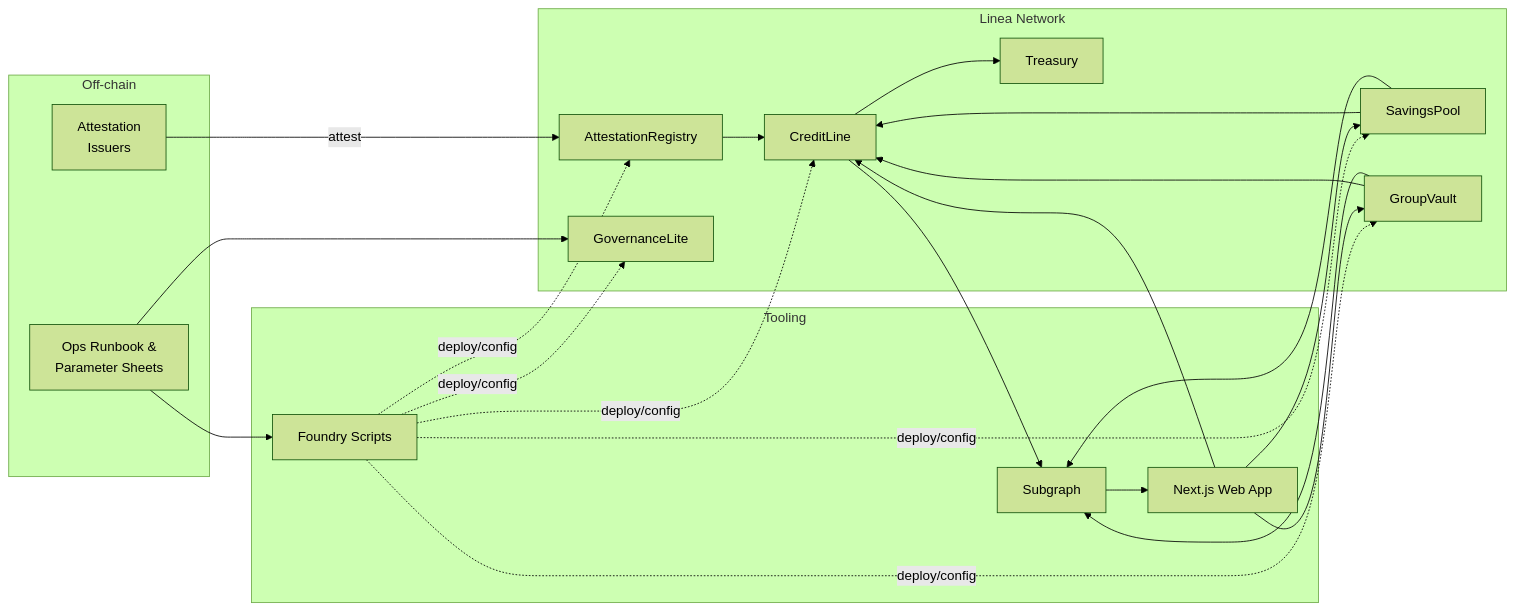
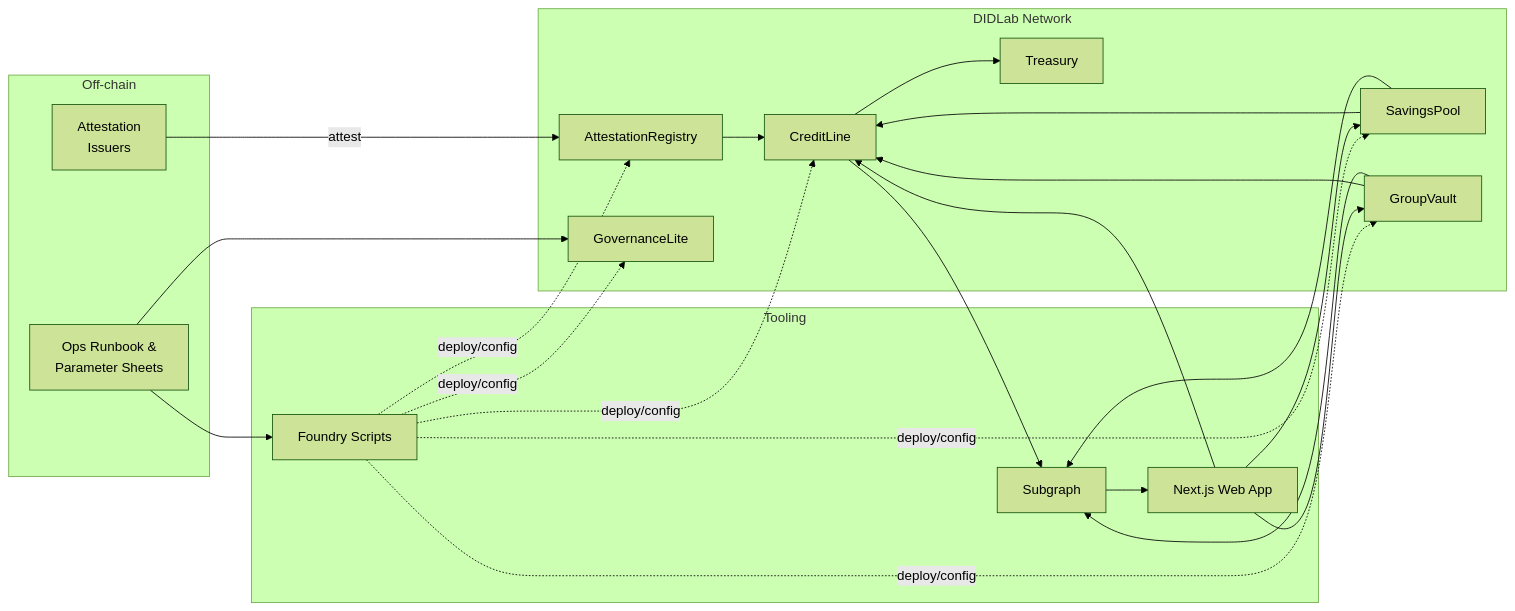
One commit to IndrarajBiswas/DeFi-SaveTogether changed the diagram in README.md. Above: the diagram before and after it, drawn with Mermaid (forest theme). The commit also changed other lines of this file and 38 other files, not shown here.

````diff
--- a/README.md
+++ b/README.md
@@ -36,40 +36,40 @@
 ```mermaid
 flowchart LR
   subgraph Off-chain
     Issuers[Attestation<br/>Issuers]
     Ops[Ops Runbook &<br/>Parameter Sheets]
   end
-  subgraph Linea Network
+  subgraph DIDLab Network
     AR[AttestationRegistry]
     SP[SavingsPool]
     GV[GroupVault]
     CL[CreditLine]
     TR[Treasury]
     GOV[GovernanceLite]
   end
   subgraph Tooling
     FG[Foundry Scripts]
     SG[Subgraph]
     FE[Next.js Web App]
   end
 
   Issuers -->|attest| AR
   AR --> CL
   SP --> CL
   GV --> CL
   CL --> TR
   CL --> SG
   SP --> SG
   GV --> SG
   FG -. deploy/config .-> AR
   FG -. deploy/config .-> SP
   FG -. deploy/config .-> GV
   FG -. deploy/config .-> CL
   FG -. deploy/config .-> GOV
   SG --> FE
   FE --> CL
   FE --> GV
   FE --> SP
   Ops --> GOV
   Ops --> FG
 ```
````
